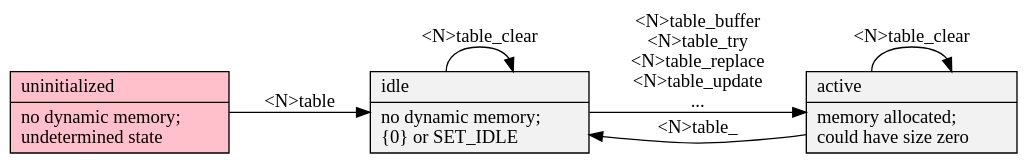
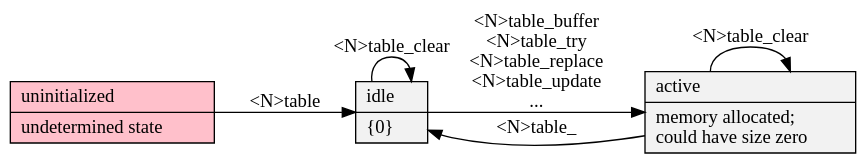
Before and after one commit to neil-edelman/boxes: the diagram in doc/table/states.gv, drawn with Graphviz. The commit also changed 27 other files, not shown here.

```diff
--- a/doc/table/states.gv
+++ b/doc/table/states.gv
@@ -1,13 +1,13 @@
 digraph {
 	graph [rankdir = LR, truecolor=true, bgcolor=transparent, fontname = "Bitstream Vera Sans"];
 	node [shape=record, style=filled, fillcolor="Grey95", fontname="Bitstream Vera Sans"];
 	edge [fontname="Bitstream Vera Sans"];
-	null [label = "uninitialized\l|no dynamic memory;\lundetermined state\l", fillcolor="Pink"];
-	static [label = "idle\l|no dynamic memory;\l\{0\} or SET_IDLE\l"];
+	null [label = "uninitialized\l|undetermined state\l", fillcolor="Pink"];
+	static [label = "idle\l|\{0\}\l"];
 	dynamic [label = "active\l|memory allocated;\lcould have size zero\l"];
 	null -> static [label = "<N>table"];
 	static -> dynamic [ label = "<N>table_buffer\n<N>table_try\n<N>table_replace\n<N>table_update\n..." ];
 	dynamic -> static [label = "<N>table_"];
 	dynamic -> dynamic [label = "<N>table_clear"];
 	static -> static [ label = "<N>table_clear"];
 }
```
